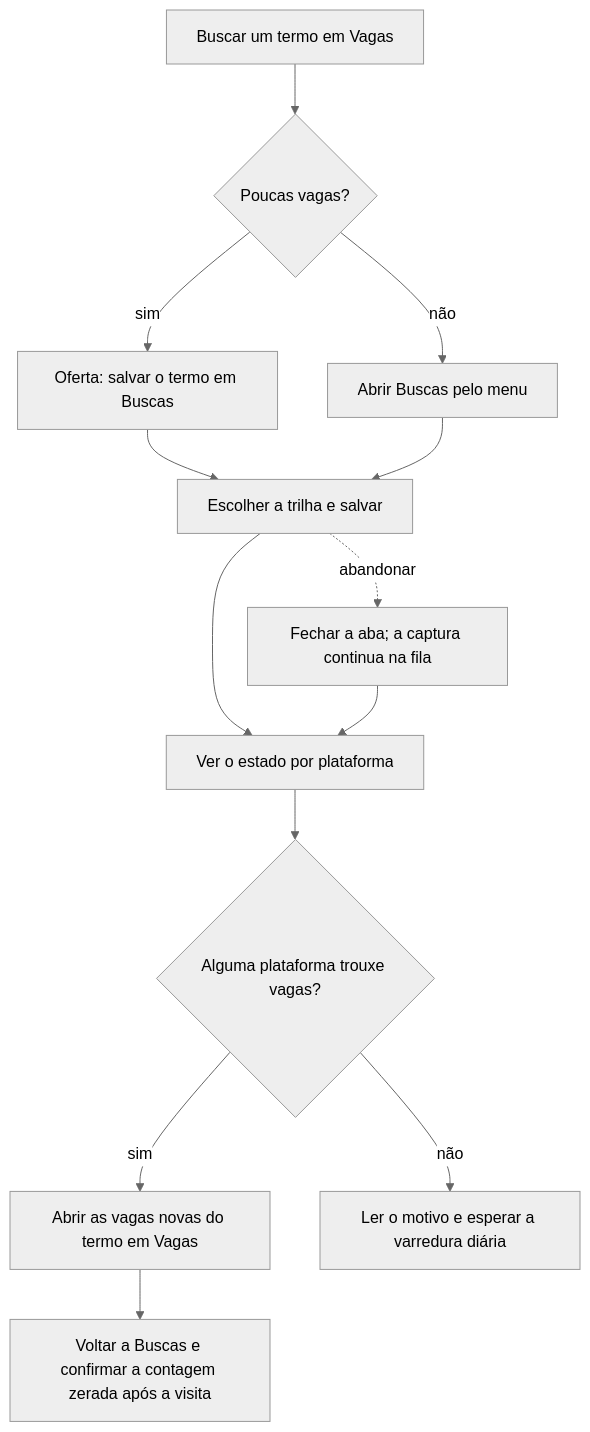
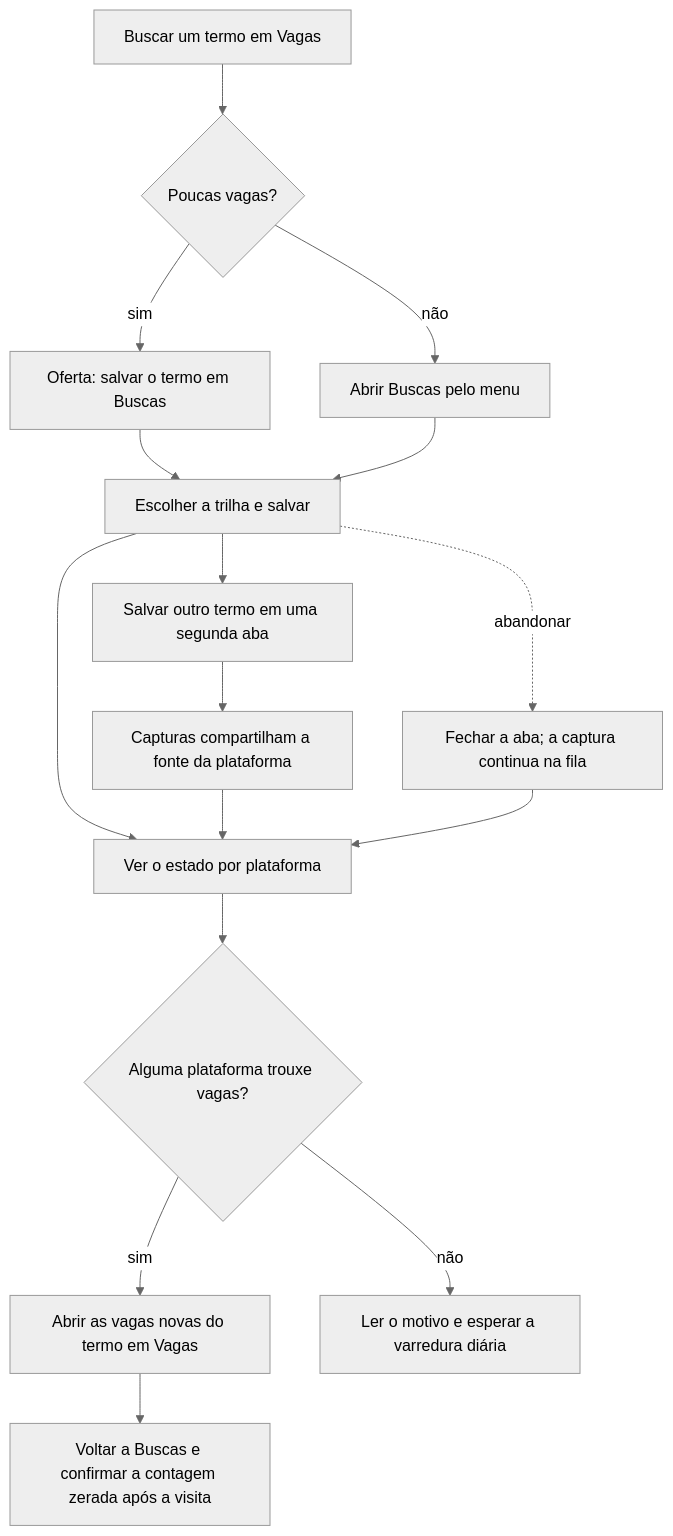
Before and after one commit to andreustimm/master-jobs: the diagram in docs/qa/journeys/J-save-term-search.md, drawn with Mermaid (neutral theme). The commit also changed other lines of this file and 10 other files, not shown here.

````diff
--- a/docs/qa/journeys/J-save-term-search.md
+++ b/docs/qa/journeys/J-save-term-search.md
@@ -3,15 +3,18 @@
 ```mermaid
 flowchart TD
     A[Buscar um termo em Vagas] --> B{Poucas vagas?}
     B -->|sim| C[Oferta: salvar o termo em Buscas]
     B -->|não| D[Abrir Buscas pelo menu]
     C --> E[Escolher a trilha e salvar]
     D --> E
     E --> F[Ver o estado por plataforma]
+    E --> L[Salvar outro termo em uma segunda aba]
+    L --> M[Capturas compartilham a fonte da plataforma]
+    M --> F
     F --> G{Alguma plataforma trouxe vagas?}
     G -->|sim| H[Abrir as vagas novas do termo em Vagas]
     G -->|não| I[Ler o motivo e esperar a varredura diária]
     H --> J[Voltar a Buscas e confirmar a contagem zerada após a visita]
     E -.->|abandonar| K[Fechar a aba; a captura continua na fila]
     K --> F
 ```
````
